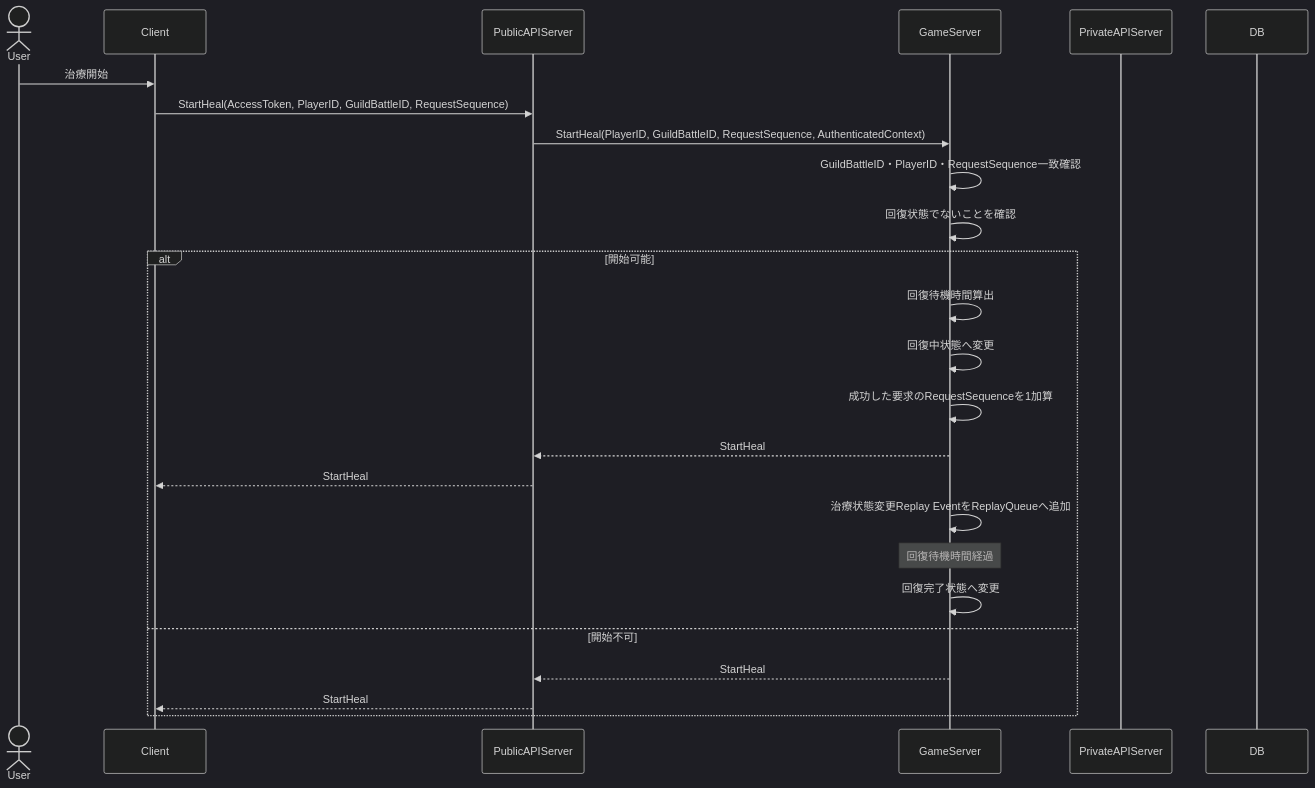
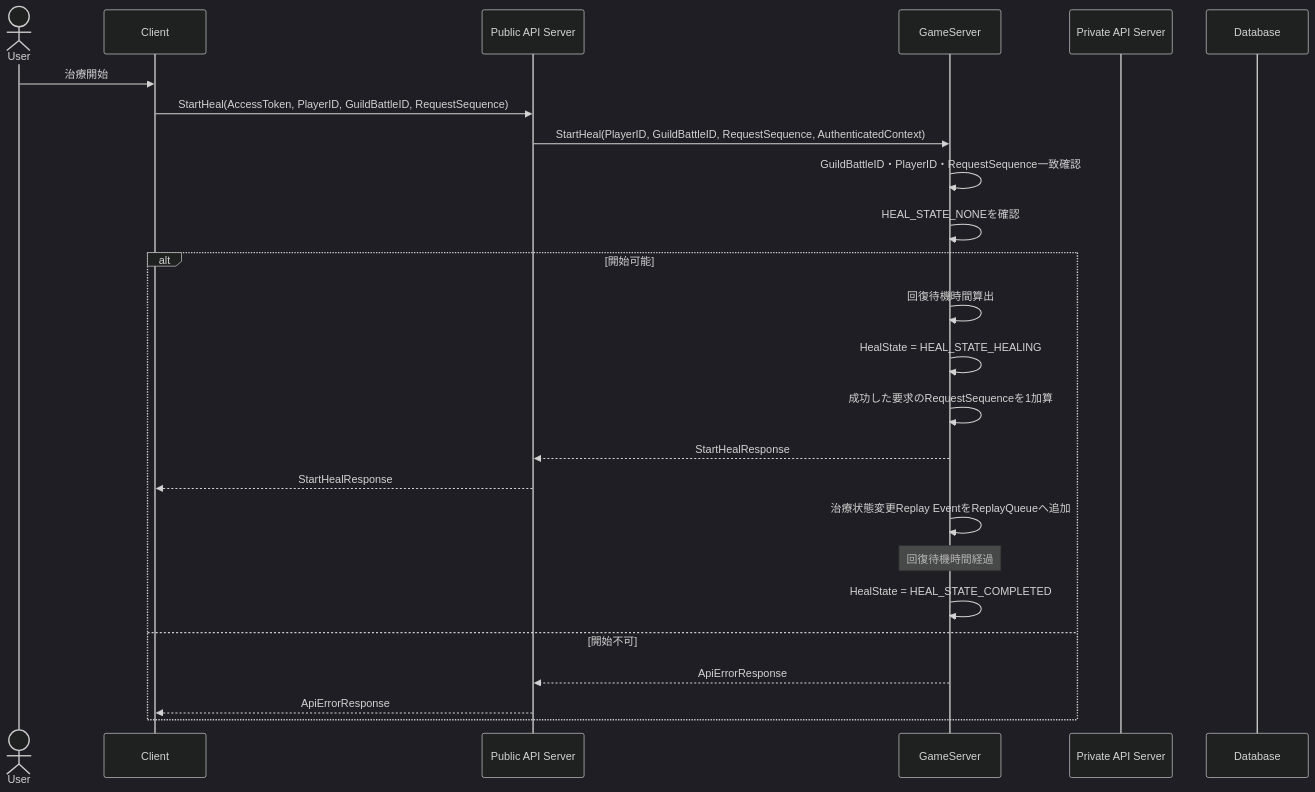
Before and after one commit to ReHydrangeaOdyssey/Specifications: the seventh of 13 diagrams in design/server/guild_battle.md, drawn with Mermaid (dark theme). The commit also changed other lines of this file and 12 other files, not shown here.

Commit message:
図などの名称の統一

````diff
--- a/design/server/guild_battle.md
+++ b/design/server/guild_battle.md
@@ -403,33 +403,33 @@
 ```mermaid
 sequenceDiagram
     actor User
     participant Client
-    participant PublicAPIServer
+    participant PublicAPIServer as Public API Server
     participant GameServer
-    participant PrivateAPIServer
-    participant DB
+    participant PrivateAPIServer as Private API Server
+    participant Database
 
     User->>Client: 治療開始
     Client->>PublicAPIServer: StartHeal(AccessToken, PlayerID, GuildBattleID, RequestSequence)
     PublicAPIServer->>GameServer: StartHeal(PlayerID, GuildBattleID, RequestSequence, AuthenticatedContext)
 
     GameServer->>GameServer: GuildBattleID・PlayerID・RequestSequence一致確認
-    GameServer->>GameServer: 回復状態でないことを確認
+    GameServer->>GameServer: HEAL_STATE_NONEを確認
 
     alt 開始可能
         GameServer->>GameServer: 回復待機時間算出
-        GameServer->>GameServer: 回復中状態へ変更
+        GameServer->>GameServer: HealState = HEAL_STATE_HEALING
         GameServer->>GameServer: 成功した要求のRequestSequenceを1加算
-        GameServer-->>PublicAPIServer: StartHeal
-        PublicAPIServer-->>Client: StartHeal
+        GameServer-->>PublicAPIServer: StartHealResponse
+        PublicAPIServer-->>Client: StartHealResponse
 
         GameServer ->> GameServer: 治療状態変更Replay EventをReplayQueueへ追加
 
         Note over GameServer: 回復待機時間経過
 
-        GameServer->>GameServer: 回復完了状態へ変更
+        GameServer->>GameServer: HealState = HEAL_STATE_COMPLETED
     else 開始不可
-        GameServer-->>PublicAPIServer: StartHeal
-        PublicAPIServer-->>Client: StartHeal
+        GameServer-->>PublicAPIServer: ApiErrorResponse
+        PublicAPIServer-->>Client: ApiErrorResponse
     end
 ```
````
